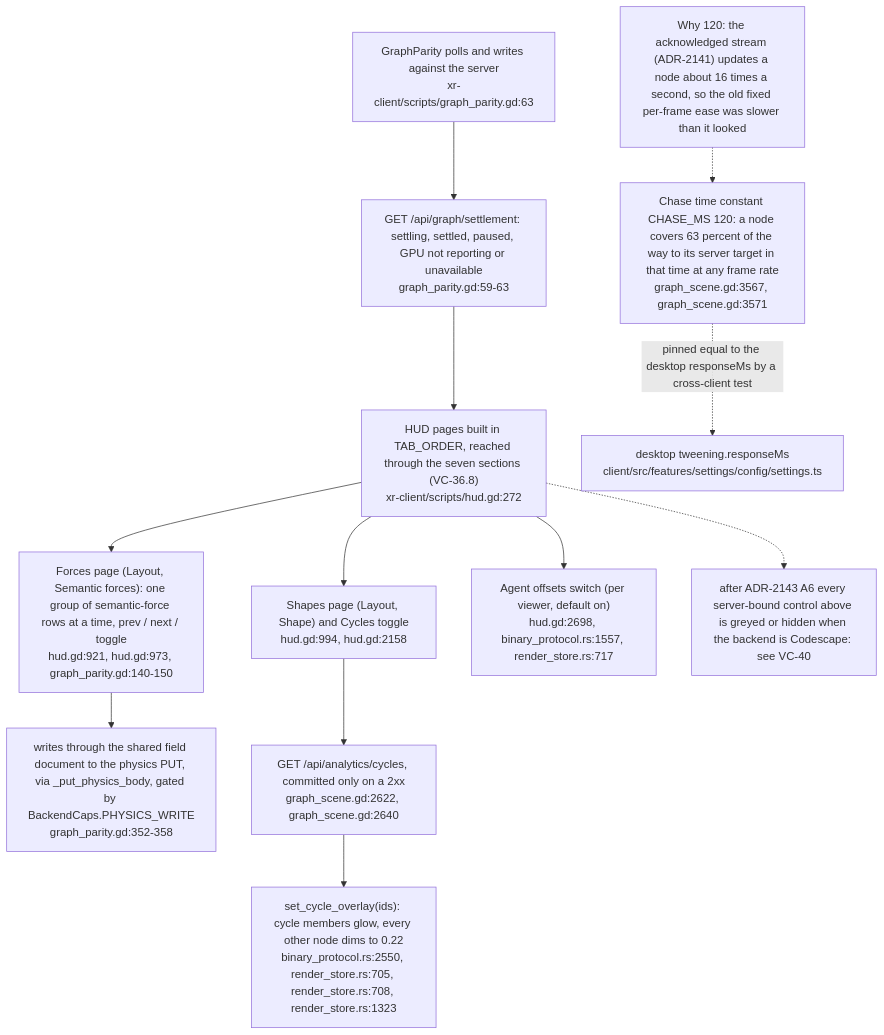
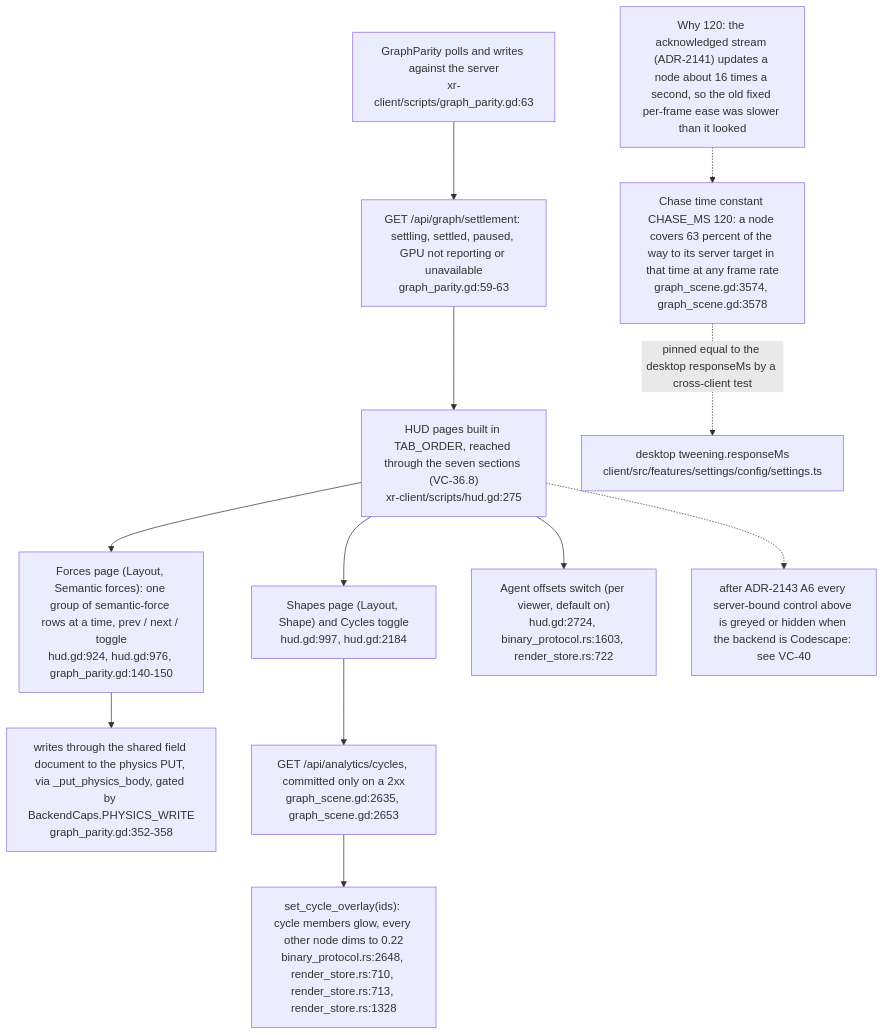
Diagram 27 of 30 in docs/diagrams/visionclaw/36-godot-xr-client.md (DreamLab-AI/VisionFlow), drawn with Mermaid before and after one commit. The commit also changed other lines of this file and 24 other files, not shown here.

Commit message:
docs: align XR liveness, filtering and rendering diagrams (#33)

````diff
--- a/docs/diagrams/visionclaw/36-godot-xr-client.md
+++ b/docs/diagrams/visionclaw/36-godot-xr-client.md
@@ -1366,19 +1381,19 @@
 ```mermaid
 flowchart TB
-    HUD["HUD pages built in TAB_ORDER, reached through the seven sections (VC-36.8)<br/>xr-client/scripts/hud.gd:272"]
+    HUD["HUD pages built in TAB_ORDER, reached through the seven sections (VC-36.8)<br/>xr-client/scripts/hud.gd:275"]
     GP["GraphParity polls and writes against the server<br/>xr-client/scripts/graph_parity.gd:63"]
-    HUD --> F["Forces page (Layout, Semantic forces): one group of semantic-force rows at a time, prev / next / toggle<br/>hud.gd:921, hud.gd:973, graph_parity.gd:140-150"]
-    HUD --> S["Shapes page (Layout, Shape) and Cycles toggle<br/>hud.gd:994, hud.gd:2158"]
-    HUD --> AO["Agent offsets switch (per viewer, default on)<br/>hud.gd:2698, binary_protocol.rs:1557, render_store.rs:717"]
+    HUD --> F["Forces page (Layout, Semantic forces): one group of semantic-force rows at a time, prev / next / toggle<br/>hud.gd:924, hud.gd:976, graph_parity.gd:140-150"]
+    HUD --> S["Shapes page (Layout, Shape) and Cycles toggle<br/>hud.gd:997, hud.gd:2184"]
+    HUD --> AO["Agent offsets switch (per viewer, default on)<br/>hud.gd:2724, binary_protocol.rs:1603, render_store.rs:722"]
     F --> PUT["writes through the shared field document to the physics PUT, via _put_physics_body, gated by BackendCaps.PHYSICS_WRITE<br/>graph_parity.gd:352-358"]
-    S --> CY["GET /api/analytics/cycles, committed only on a 2xx<br/>graph_scene.gd:2622, graph_scene.gd:2640"]
-    CY --> OV["set_cycle_overlay(ids): cycle members glow, every other node dims to 0.22<br/>binary_protocol.rs:2550, render_store.rs:705, render_store.rs:708, render_store.rs:1323"]
+    S --> CY["GET /api/analytics/cycles, committed only on a 2xx<br/>graph_scene.gd:2635, graph_scene.gd:2653"]
+    CY --> OV["set_cycle_overlay(ids): cycle members glow, every other node dims to 0.22<br/>binary_protocol.rs:2648, render_store.rs:710, render_store.rs:713, render_store.rs:1328"]
     GP --> ST["GET /api/graph/settlement: settling, settled, paused, GPU not reporting or unavailable<br/>graph_parity.gd:59-63"]
     ST --> HUD
-    CH["Chase time constant CHASE_MS 120: a node covers 63 percent of the way to its server target in that time at any frame rate<br/>graph_scene.gd:3567, graph_scene.gd:3571"]
+    CH["Chase time constant CHASE_MS 120: a node covers 63 percent of the way to its server target in that time at any frame rate<br/>graph_scene.gd:3574, graph_scene.gd:3578"]
     CH -. "pinned equal to the desktop responseMs by a cross-client test" .-> DESK["desktop tweening.responseMs<br/>client/src/features/settings/config/settings.ts"]
     ACK["Why 120: the acknowledged stream (ADR-2141) updates a node about 16 times a second, so the old fixed per-frame ease was slower than it looked"]
     ACK -.-> CH
     CAP["after ADR-2143 A6 every server-bound control above is greyed or hidden when the backend is Codescape: see VC-40"]
     HUD -.-> CAP
 ```
````
